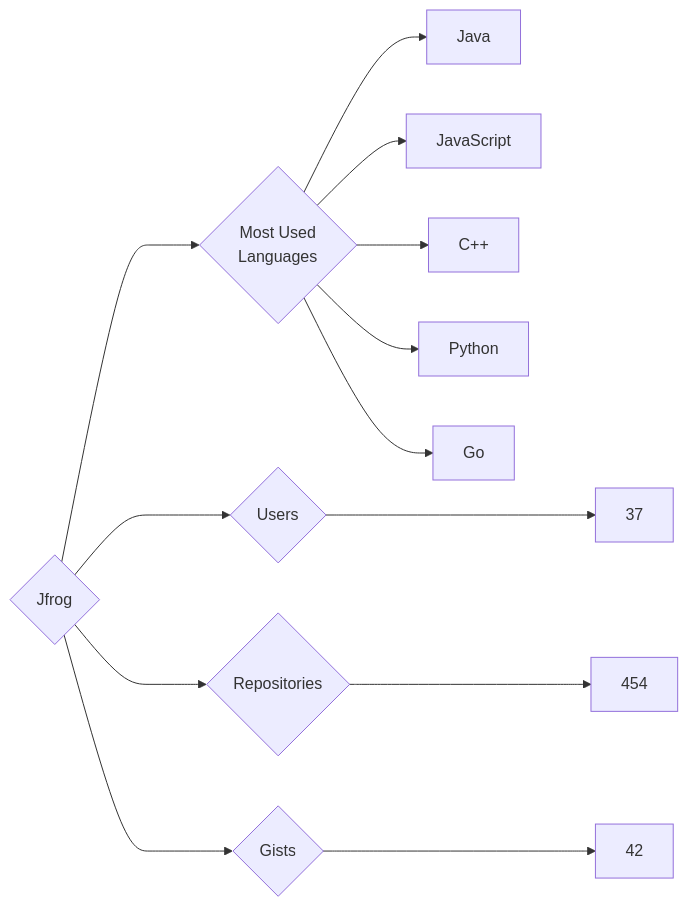
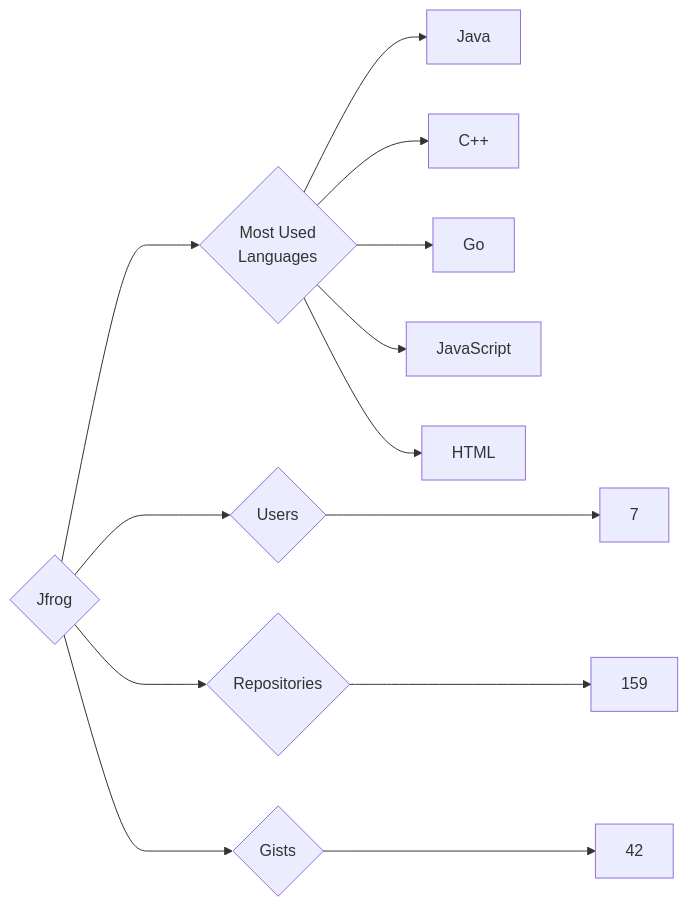
Before and after one commit to trickest/insiders: the diagram in targets/Jfrog/README.md, drawn with Mermaid. The commit also changed 927 other files, not shown here.

````diff
--- a/targets/Jfrog/README.md
+++ b/targets/Jfrog/README.md
@@ -3,13 +3,13 @@
 ```mermaid
 graph LR
 COMPANY_NAME{Jfrog}
-COMPANY_NAME ---> U{Users} ---> UN[37]
-COMPANY_NAME ---> R{Repositories} ---> RN[454]
+COMPANY_NAME ---> U{Users} ---> UN[7]
+COMPANY_NAME ---> R{Repositories} ---> RN[159]
 COMPANY_NAME ---> G{Gists} ---> GN[42]
 COMPANY_NAME ---> ML{Most Used<br>Languages}
 ML --> Java[Java]
+ML --> C++[C++]
+ML --> Go[Go]
 ML --> JavaScript[JavaScript]
-ML --> C++[C++]
-ML --> Python[Python]
-ML --> Go[Go]
+ML --> HTML[HTML]
 ```
````
